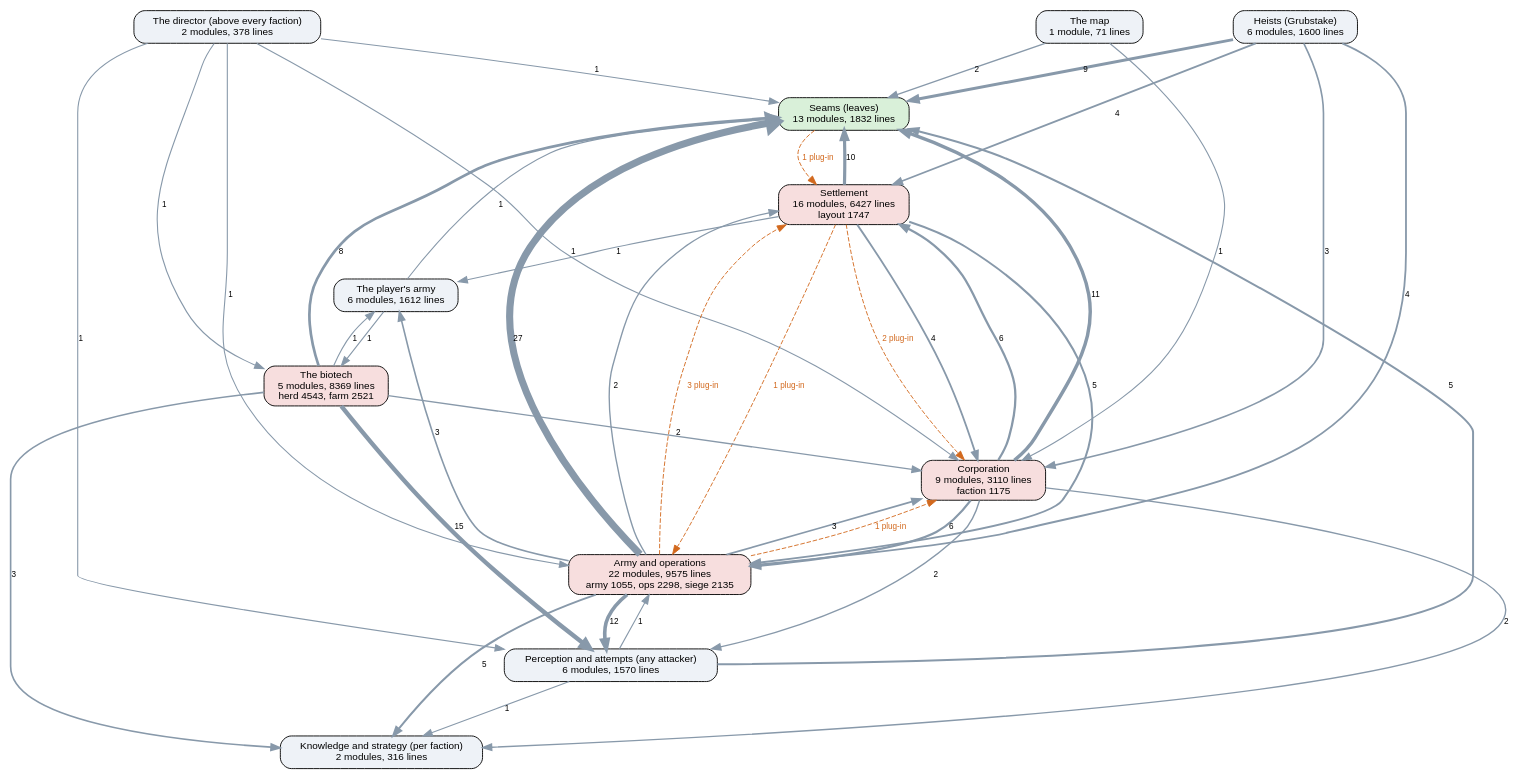
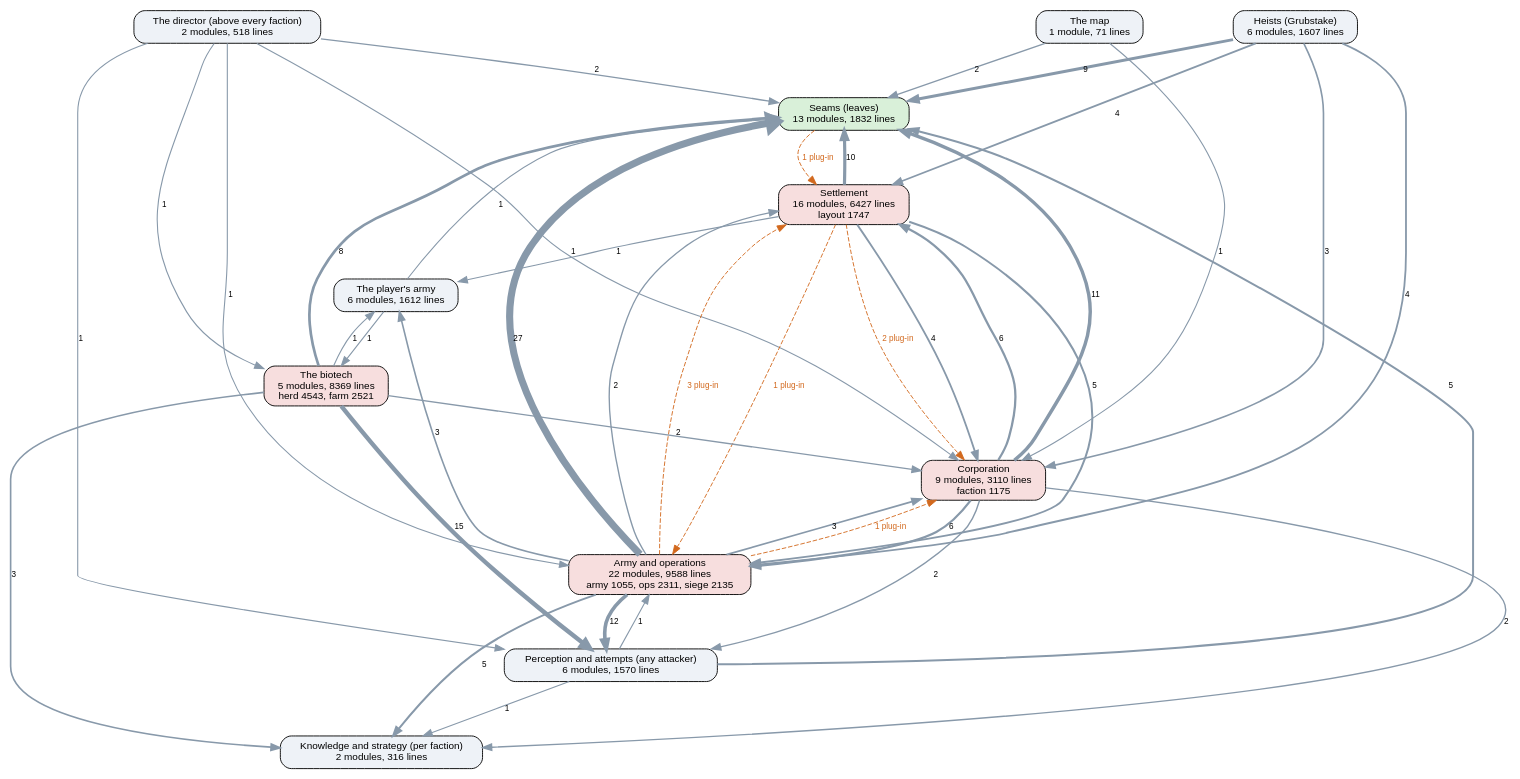
Before and after one commit to kinelhu/landing-party: the diagram in docs/ai-layers.dot, drawn with Graphviz. The commit also changed 17 other files, not shown here.

```diff
--- a/docs/ai-layers.dot
+++ b/docs/ai-layers.dot
@@ -1,57 +1,57 @@
 digraph layers {
   graph [rankdir=TB, fontname="Helvetica", nodesep=0.5, ranksep=0.7];
   node [shape=box, style="rounded,filled", fontname="Helvetica", fontsize=11, fillcolor="#eef2f7"];
   edge [color="#8899aa", fontname="Helvetica", fontsize=9];
   "Seams (leaves)" [label="Seams (leaves)\n13 modules, 1832 lines", fillcolor="#d9f0d9"];
   "Perception and attempts (any attacker)" [label="Perception and attempts (any attacker)\n6 modules, 1570 lines", fillcolor="#eef2f7"];
   "Knowledge and strategy (per faction)" [label="Knowledge and strategy (per faction)\n2 modules, 316 lines", fillcolor="#eef2f7"];
-  "The director (above every faction)" [label="The director (above every faction)\n2 modules, 378 lines", fillcolor="#eef2f7"];
+  "The director (above every faction)" [label="The director (above every faction)\n2 modules, 518 lines", fillcolor="#eef2f7"];
   "Corporation" [label="Corporation\n9 modules, 3110 lines\nfaction 1175", fillcolor="#f7dede"];
   "Settlement" [label="Settlement\n16 modules, 6427 lines\nlayout 1747", fillcolor="#f7dede"];
-  "Army and operations" [label="Army and operations\n22 modules, 9575 lines\narmy 1055, ops 2298, siege 2135", fillcolor="#f7dede"];
-  "Heists (Grubstake)" [label="Heists (Grubstake)\n6 modules, 1600 lines", fillcolor="#eef2f7"];
+  "Army and operations" [label="Army and operations\n22 modules, 9588 lines\narmy 1055, ops 2311, siege 2135", fillcolor="#f7dede"];
+  "Heists (Grubstake)" [label="Heists (Grubstake)\n6 modules, 1607 lines", fillcolor="#eef2f7"];
   "The biotech" [label="The biotech\n5 modules, 8369 lines\nherd 4543, farm 2521", fillcolor="#f7dede"];
   "The map" [label="The map\n1 module, 71 lines", fillcolor="#eef2f7"];
   "The player's army" [label="The player's army\n6 modules, 1612 lines", fillcolor="#eef2f7"];
   "Army and operations" -> "Corporation" [label="3", penwidth=1.8];
   "Army and operations" -> "Knowledge and strategy (per faction)" [label="5", penwidth=2.2];
   "Army and operations" -> "Perception and attempts (any attacker)" [label="12", penwidth=4.0];
   "Army and operations" -> "Seams (leaves)" [label="27", penwidth=7.8];
   "Army and operations" -> "Settlement" [label="2", penwidth=1.5];
   "Army and operations" -> "The player's army" [label="3", penwidth=1.8];
   "Corporation" -> "Army and operations" [label="6", penwidth=2.5];
   "Corporation" -> "Knowledge and strategy (per faction)" [label="2", penwidth=1.5];
   "Corporation" -> "Perception and attempts (any attacker)" [label="2", penwidth=1.5];
   "Corporation" -> "Seams (leaves)" [label="11", penwidth=3.8];
   "Corporation" -> "Settlement" [label="6", penwidth=2.5];
   "Heists (Grubstake)" -> "Army and operations" [label="4", penwidth=2.0];
   "Heists (Grubstake)" -> "Corporation" [label="3", penwidth=1.8];
   "Heists (Grubstake)" -> "Seams (leaves)" [label="9", penwidth=3.2];
   "Heists (Grubstake)" -> "Settlement" [label="4", penwidth=2.0];
   "Perception and attempts (any attacker)" -> "Army and operations" [label="1", penwidth=1.2];
   "Perception and attempts (any attacker)" -> "Knowledge and strategy (per faction)" [label="1", penwidth=1.2];
   "Perception and attempts (any attacker)" -> "Seams (leaves)" [label="5", penwidth=2.2];
   "Settlement" -> "Army and operations" [label="5", penwidth=2.2];
   "Settlement" -> "Corporation" [label="4", penwidth=2.0];
   "Settlement" -> "Seams (leaves)" [label="10", penwidth=3.5];
   "Settlement" -> "The player's army" [label="1", penwidth=1.2];
   "The biotech" -> "Corporation" [label="2", penwidth=1.5];
   "The biotech" -> "Knowledge and strategy (per faction)" [label="3", penwidth=1.8];
   "The biotech" -> "Perception and attempts (any attacker)" [label="15", penwidth=4.8];
   "The biotech" -> "Seams (leaves)" [label="8", penwidth=3.0];
   "The biotech" -> "The player's army" [label="1", penwidth=1.2];
   "The director (above every faction)" -> "Army and operations" [label="1", penwidth=1.2];
   "The director (above every faction)" -> "Corporation" [label="1", penwidth=1.2];
   "The director (above every faction)" -> "Perception and attempts (any attacker)" [label="1", penwidth=1.2];
-  "The director (above every faction)" -> "Seams (leaves)" [label="1", penwidth=1.2];
+  "The director (above every faction)" -> "Seams (leaves)" [label="2", penwidth=1.5];
   "The director (above every faction)" -> "The biotech" [label="1", penwidth=1.2];
   "The map" -> "Corporation" [label="1", penwidth=1.2];
   "The map" -> "Seams (leaves)" [label="2", penwidth=1.5];
   "The player's army" -> "Seams (leaves)" [label="1", penwidth=1.2];
   "The player's army" -> "The biotech" [label="1", penwidth=1.2];
   "Army and operations" -> "Corporation" [style=dashed, color="#d2691e", fontcolor="#d2691e", label="1 plug-in"];
   "Army and operations" -> "Settlement" [style=dashed, color="#d2691e", fontcolor="#d2691e", label="3 plug-in"];
   "Seams (leaves)" -> "Settlement" [style=dashed, color="#d2691e", fontcolor="#d2691e", label="1 plug-in"];
   "Settlement" -> "Army and operations" [style=dashed, color="#d2691e", fontcolor="#d2691e", label="1 plug-in"];
   "Settlement" -> "Corporation" [style=dashed, color="#d2691e", fontcolor="#d2691e", label="2 plug-in"];
 }
```
